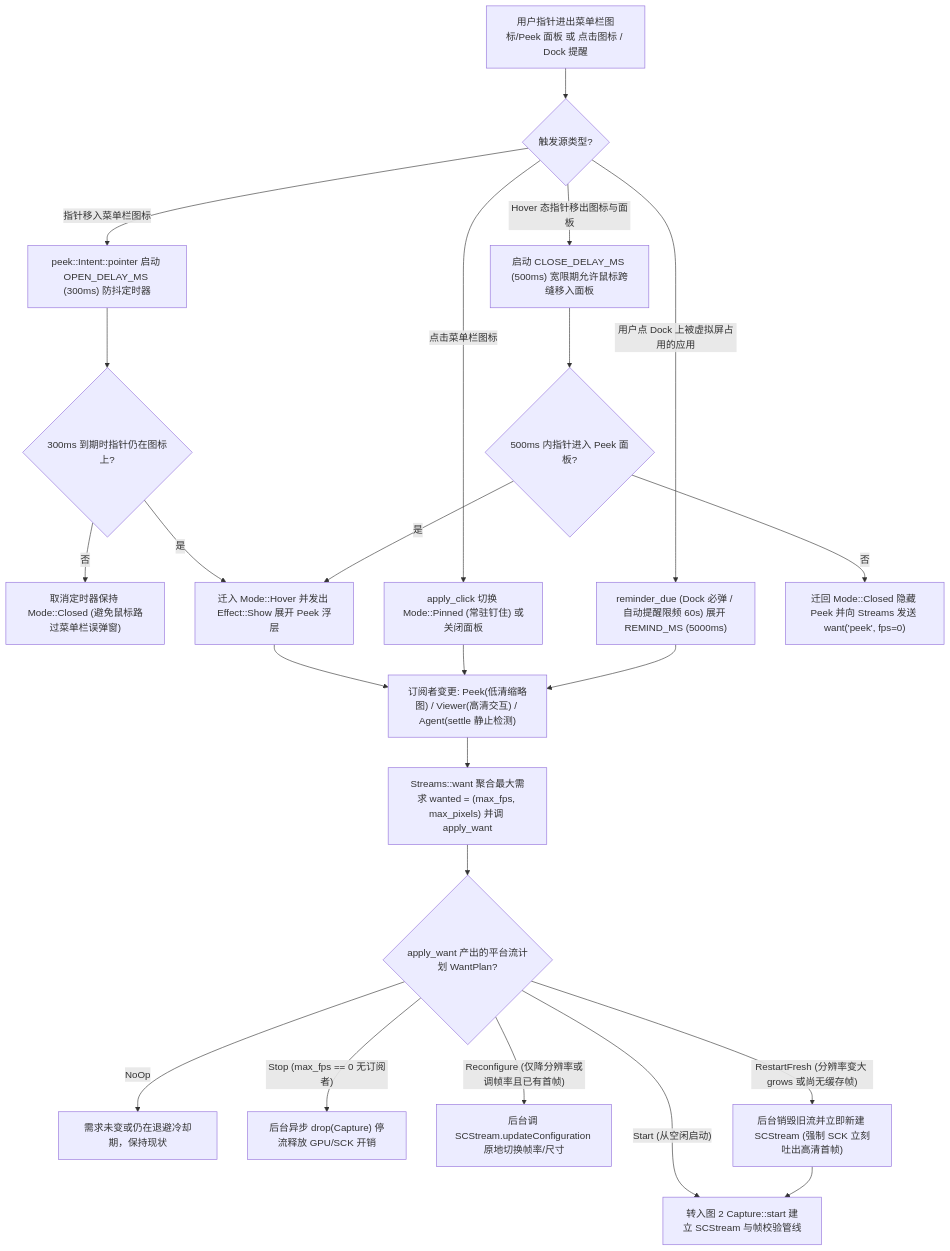
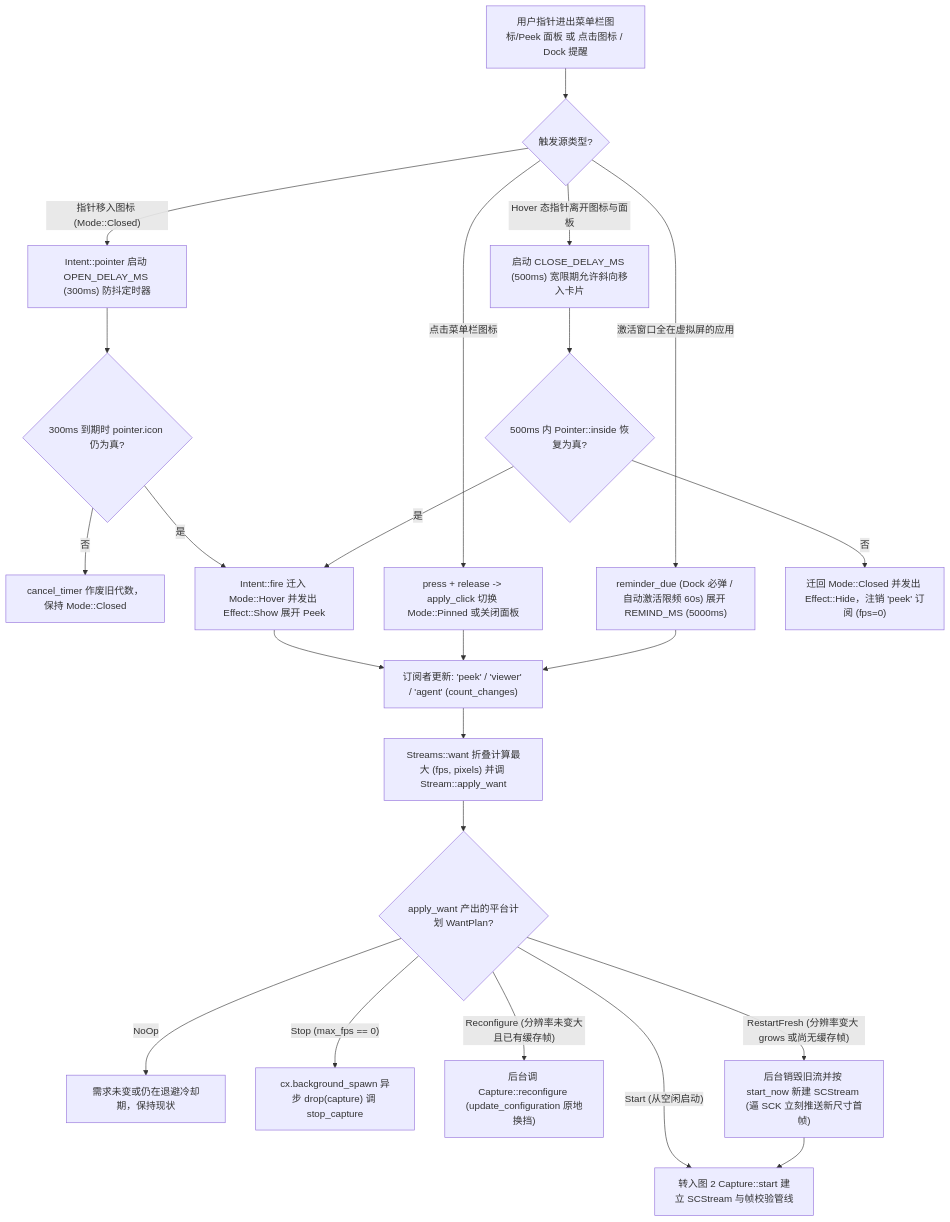
Before and after one commit to Fanzzzd/agent-screen: the first of 2 diagrams in docs/flows/09-peek-and-stream-pipeline.md, drawn with Mermaid. The commit also changed other lines of this file and 16 other files, not shown here.

First line of the commit message:
docs(docs): audit flow maps row by row with source quotes

````diff
--- a/docs/flows/09-peek-and-stream-pipeline.md
+++ b/docs/flows/09-peek-and-stream-pipeline.md
@@ -15,25 +15,25 @@
 ```mermaid
 flowchart TD
     P1["用户指针进出菜单栏图标/Peek 面板 或 点击图标 / Dock 提醒"] --> P2{"触发源类型?"}
-    P2 -->|"指针移入菜单栏图标"| P3["peek::Intent::pointer 启动 OPEN_DELAY_MS (300ms) 防抖定时器"]
-    P3 --> P4{"300ms 到期时指针仍在图标上?"}
-    P4 -->|"否"| PX1["取消定时器保持 Mode::Closed (避免鼠标路过菜单栏误弹窗)"]
-    P4 -->|"是"| P5["迁入 Mode::Hover 并发出 Effect::Show 展开 Peek 浮层"]
-    P2 -->|"点击菜单栏图标"| P6["apply_click 切换 Mode::Pinned (常驻钉住) 或关闭面板"]
-    P2 -->|"用户点 Dock 上被虚拟屏占用的应用"| P7["reminder_due (Dock 必弹 / 自动提醒限频 60s) 展开 REMIND_MS (5000ms)"]
-    P2 -->|"Hover 态指针移出图标与面板"| P8["启动 CLOSE_DELAY_MS (500ms) 宽限期允许鼠标跨缝移入面板"]
-    P8 --> P9{"500ms 内指针进入 Peek 面板?"}
+    P2 -->|"指针移入图标 (Mode::Closed)"| P3["Intent::pointer 启动 OPEN_DELAY_MS (300ms) 防抖定时器"]
+    P3 --> P4{"300ms 到期时 pointer.icon 仍为真?"}
+    P4 -->|"否"| PX1["cancel_timer 作废旧代数，保持 Mode::Closed"]
+    P4 -->|"是"| P5["Intent::fire 迁入 Mode::Hover 并发出 Effect::Show 展开 Peek"]
+    P2 -->|"点击菜单栏图标"| P6["press + release -> apply_click 切换 Mode::Pinned 或关闭面板"]
+    P2 -->|"激活窗口全在虚拟屏的应用"| P7["reminder_due (Dock 必弹 / 自动激活限频 60s) 展开 REMIND_MS (5000ms)"]
+    P2 -->|"Hover 态指针离开图标与面板"| P8["启动 CLOSE_DELAY_MS (500ms) 宽限期允许斜向移入卡片"]
+    P8 --> P9{"500ms 内 Pointer::inside 恢复为真?"}
     P9 -->|"是"| P5
-    P9 -->|"否"| P10["迁回 Mode::Closed 隐藏 Peek 并向 Streams 发送 want('peek', fps=0)"]
-    P5 --> S1["订阅者变更: Peek(低清缩略图) / Viewer(高清交互) / Agent(settle 静止检测)"]
+    P9 -->|"否"| P10["迁回 Mode::Closed 并发出 Effect::Hide，注销 'peek' 订阅 (fps=0)"]
+    P5 --> S1["订阅者更新: 'peek' / 'viewer' / 'agent' (count_changes)"]
     P6 --> S1
     P7 --> S1
-    S1 --> S2["Streams::want 聚合最大需求 wanted = (max_fps, max_pixels) 并调 apply_want"]
-    S2 --> S3{"apply_want 产出的平台流计划 WantPlan?"}
+    S1 --> S2["Streams::want 折叠计算最大 (fps, pixels) 并调 Stream::apply_want"]
+    S2 --> S3{"apply_want 产出的平台计划 WantPlan?"}
     S3 -->|"NoOp"| SX1["需求未变或仍在退避冷却期，保持现状"]
-    S3 -->|"Stop (max_fps == 0 无订阅者)"| S4["后台异步 drop(Capture) 停流释放 GPU/SCK 开销"]
-    S3 -->|"Reconfigure (仅降分辨率或调帧率且已有首帧)"| S5["后台调 SCStream.updateConfiguration 原地切换帧率/尺寸"]
-    S3 -->|"RestartFresh (分辨率变大 grows 或尚无缓存帧)"| S6["后台销毁旧流并立即新建 SCStream (强制 SCK 立刻吐出高清首帧)"]
+    S3 -->|"Stop (max_fps == 0)"| S4["cx.background_spawn 异步 drop(capture) 调 stop_capture"]
+    S3 -->|"Reconfigure (分辨率未变大且已有缓存帧)"| S5["后台调 Capture::reconfigure (update_configuration 原地换挡)"]
+    S3 -->|"RestartFresh (分辨率变大 grows 或尚无缓存帧)"| S6["后台销毁旧流并按 start_now 新建 SCStream (逼 SCK 立刻推送新尺寸首帧)"]
     S3 -->|"Start (从空闲启动)"| S7["转入图 2 Capture::start 建立 SCStream 与帧校验管线"]
     S6 --> S7
 ```
````
